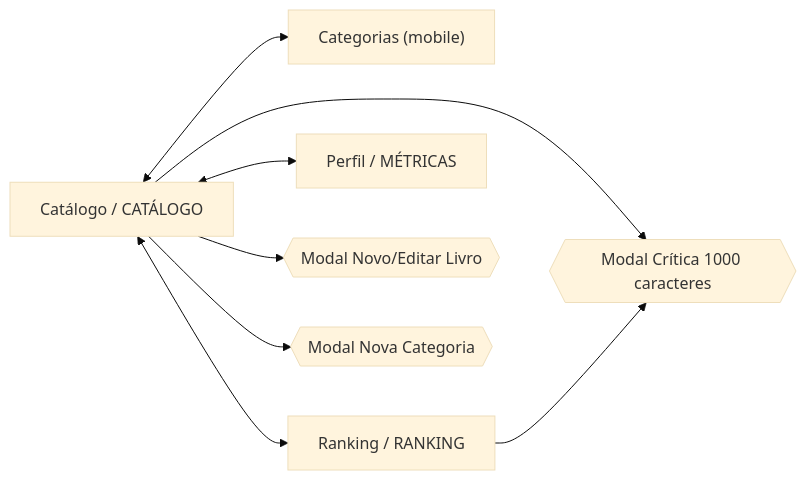
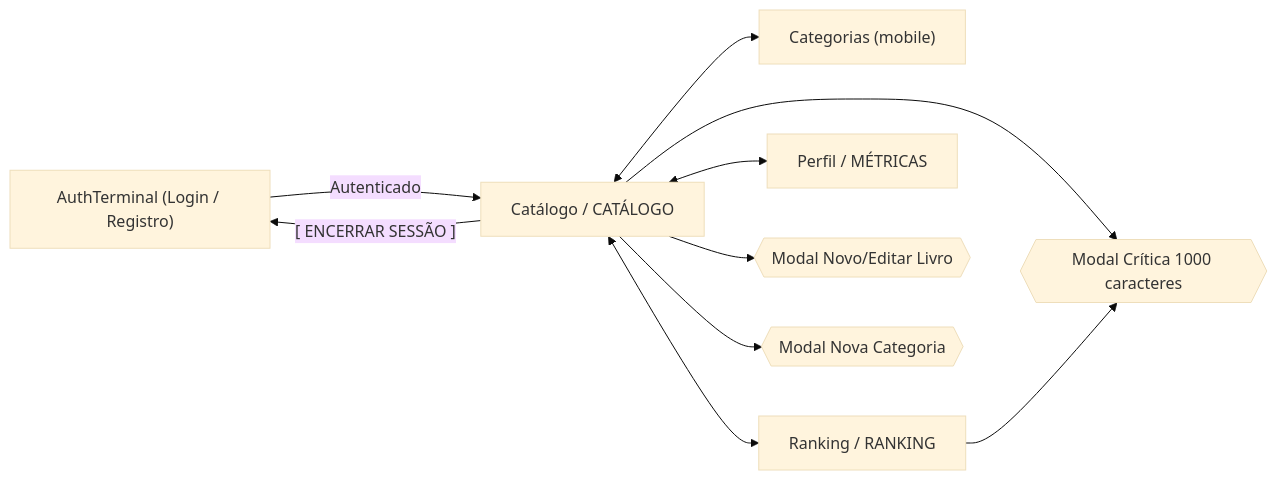
Before and after one commit to Glins-dev/librarytrix: the fifth of 5 diagrams in docs/arquitetura-der.md, drawn with Mermaid (base theme). The commit also changed other lines of this file and 14 other files, not shown here.

````diff
--- a/docs/arquitetura-der.md
+++ b/docs/arquitetura-der.md
@@ -67,10 +86,12 @@
 ```mermaid
 flowchart LR
-  Catalogo["Catálogo / CATÁLOGO"] <--> Categorias["Categorias (mobile)"]
+  Auth["AuthTerminal (Login / Registro)"] -->|"Autenticado"| Catalogo["Catálogo / CATÁLOGO"]
+  Catalogo -->|"[ ENCERRAR SESSÃO ]"| Auth
+  Catalogo <--> Categorias["Categorias (mobile)"]
   Catalogo <--> Ranking["Ranking / RANKING"]
   Catalogo <--> Perfil["Perfil / MÉTRICAS"]
   Catalogo --> NovoLivro{{Modal Novo/Editar Livro}}
   Catalogo --> Critica{{Modal Crítica 1000 caracteres}}
   Catalogo --> NovaCat{{Modal Nova Categoria}}
   Ranking --> Critica
 ```
````
